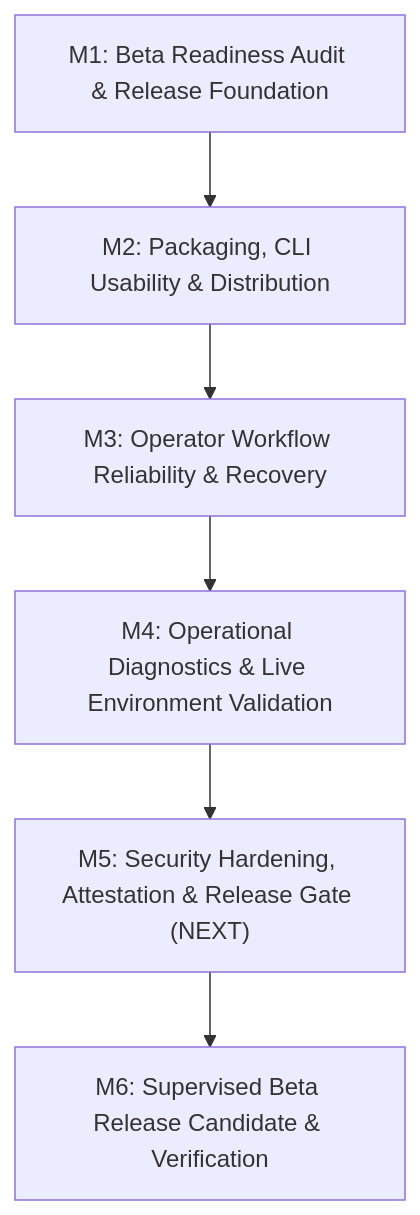
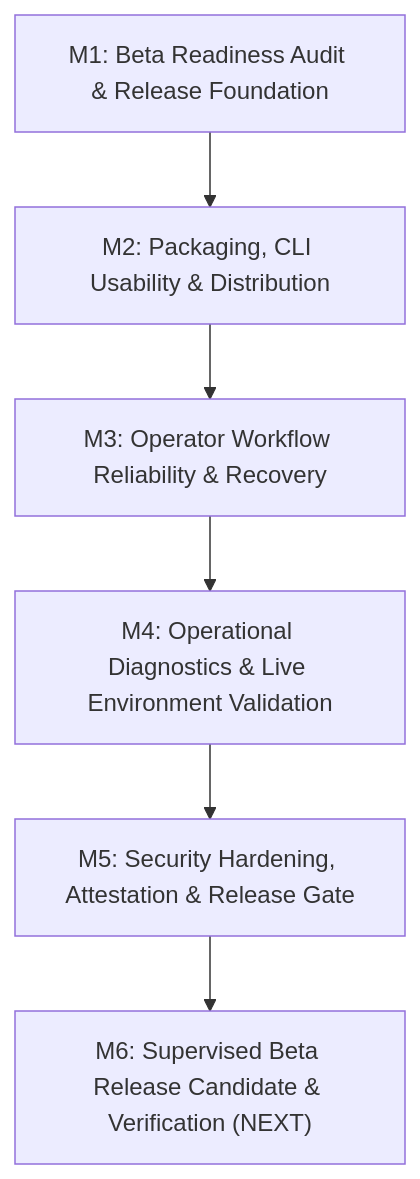
One commit to thisisanimesh01/FORGE changed the diagram in docs/specs/phase-6-roadmap.md. Above: the diagram before and after it, drawn with Mermaid. The commit also changed other lines of this file and 15 other files, not shown here.

Commit message:
feat(security): implement security hardening, attestation, and release verification for phase 6 beta

````diff
--- a/docs/specs/phase-6-roadmap.md
+++ b/docs/specs/phase-6-roadmap.md
@@ -32,8 +32,8 @@
 ```mermaid
 flowchart TD
     M1["M1: Beta Readiness Audit & Release Foundation"] --> M2["M2: Packaging, CLI Usability & Distribution"]
     M2 --> M3["M3: Operator Workflow Reliability & Recovery"]
     M3 --> M4["M4: Operational Diagnostics & Live Environment Validation"]
-    M4 --> M5["M5: Security Hardening, Attestation & Release Gate (NEXT)"]
-    M5 --> M6["M6: Supervised Beta Release Candidate & Verification"]
+    M4 --> M5["M5: Security Hardening, Attestation & Release Gate"]
+    M5 --> M6["M6: Supervised Beta Release Candidate & Verification (NEXT)"]
 ```
````
